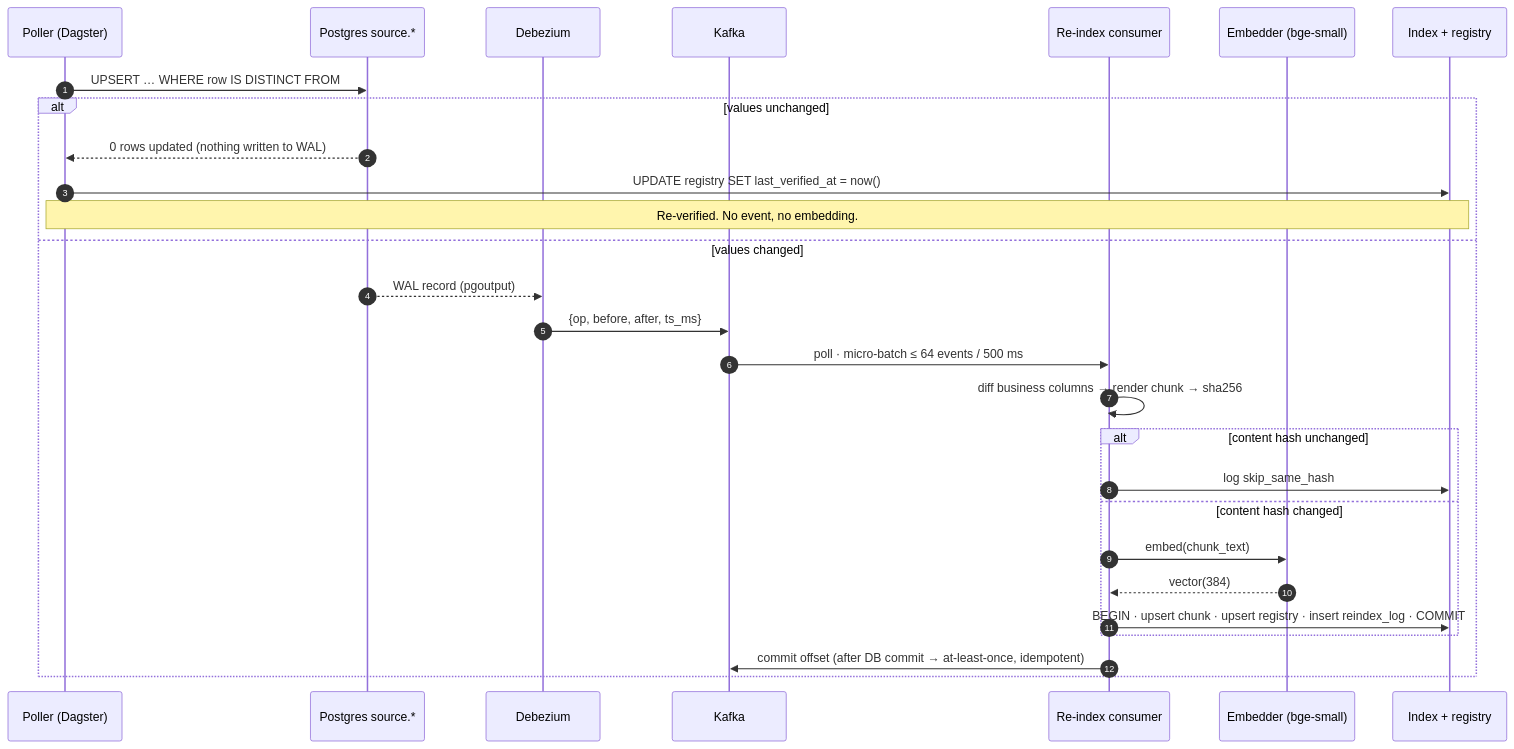
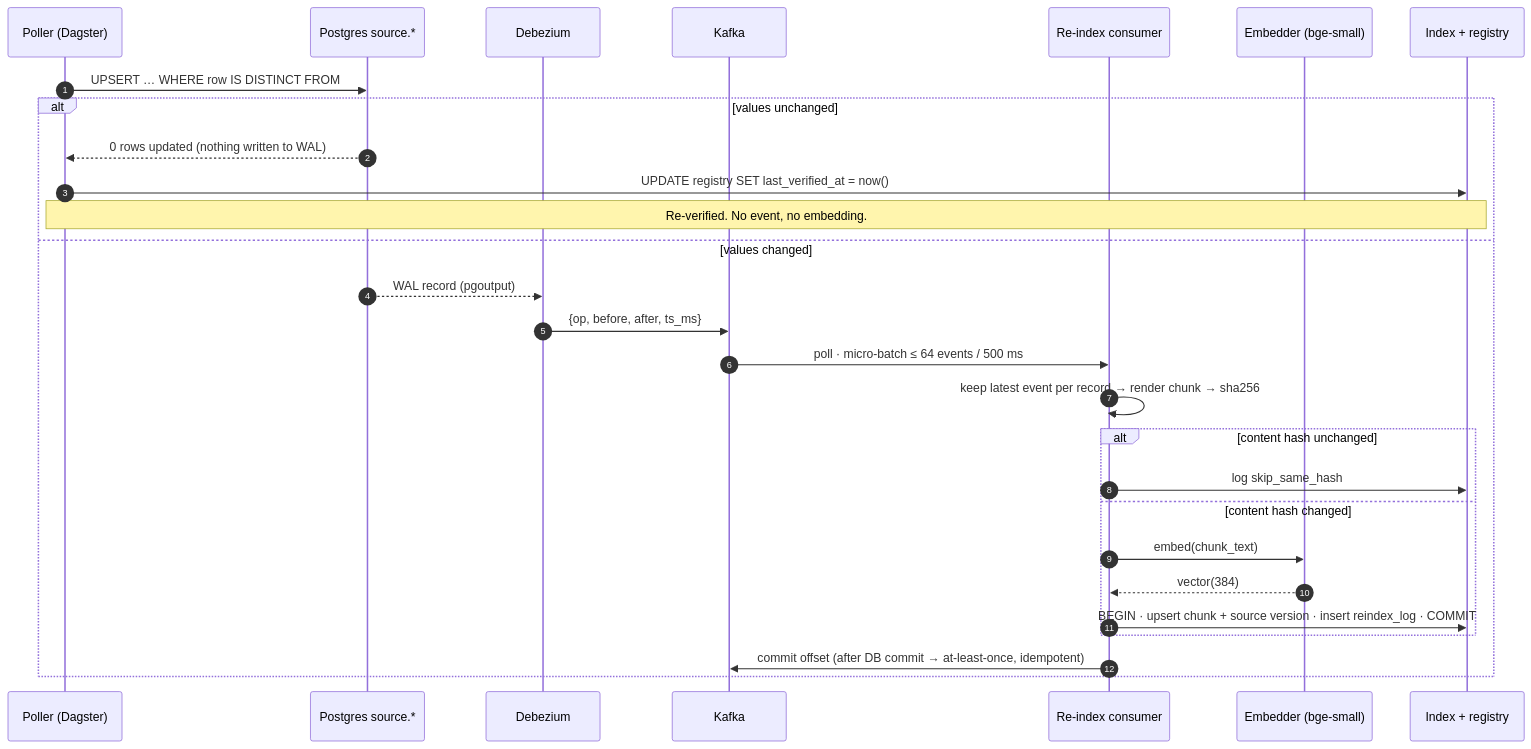
Before and after one commit to saravanaprabhu1398-afk/freshness-control-plane: the diagram in docs/diagrams/mermaid/reindex-sequence.mmd, drawn with Mermaid. The commit also changed 28 other files, not shown here.

```diff
--- a/docs/diagrams/mermaid/reindex-sequence.mmd
+++ b/docs/diagrams/mermaid/reindex-sequence.mmd
@@ -1,29 +1,29 @@
 sequenceDiagram
   autonumber
   participant P as Poller (Dagster)
   participant PG as Postgres source.*
   participant DBZ as Debezium
   participant K as Kafka
   participant C as Re-index consumer
   participant E as Embedder (bge-small)
   participant IX as Index + registry
 
   P->>PG: UPSERT … WHERE row IS DISTINCT FROM
   alt values unchanged
     PG-->>P: 0 rows updated (nothing written to WAL)
     P->>IX: UPDATE registry SET last_verified_at = now()
     Note over P,IX: Re-verified. No event, no embedding.
   else values changed
     PG-->>DBZ: WAL record (pgoutput)
     DBZ->>K: {op, before, after, ts_ms}
     K->>C: poll · micro-batch ≤ 64 events / 500 ms
-    C->>C: diff business columns → render chunk → sha256
+    C->>C: keep latest event per record → render chunk → sha256
     alt content hash unchanged
       C->>IX: log skip_same_hash
     else content hash changed
       C->>E: embed(chunk_text)
       E-->>C: vector(384)
-      C->>IX: BEGIN · upsert chunk · upsert registry · insert reindex_log · COMMIT
+      C->>IX: BEGIN · upsert chunk + source version · insert reindex_log · COMMIT
     end
     C->>K: commit offset (after DB commit → at-least-once, idempotent)
   end
```
